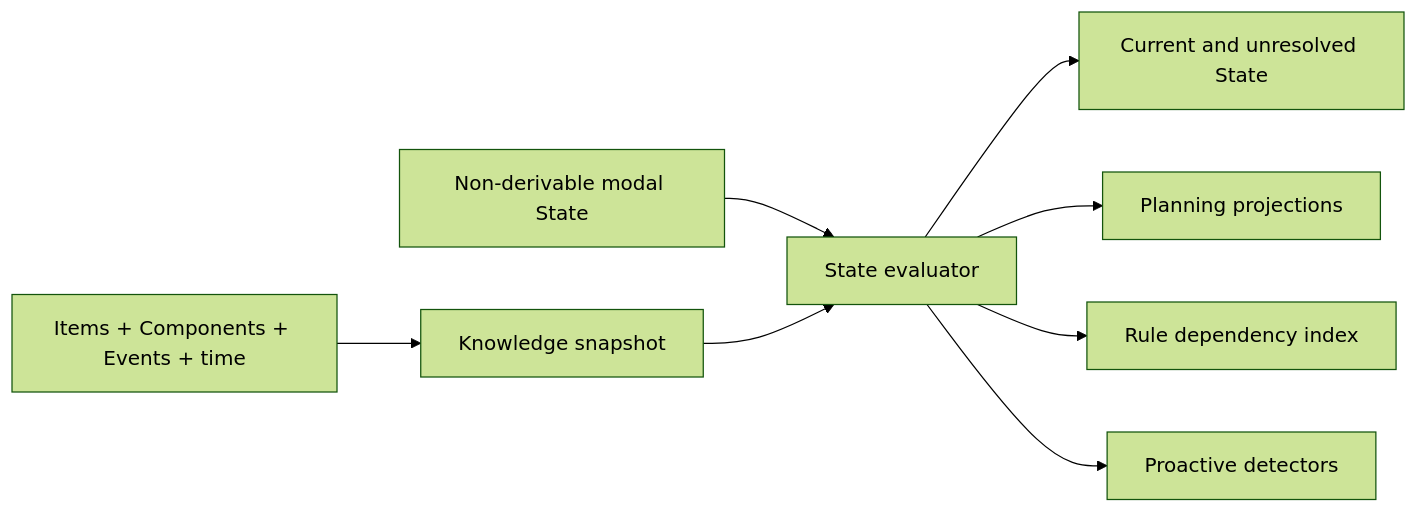
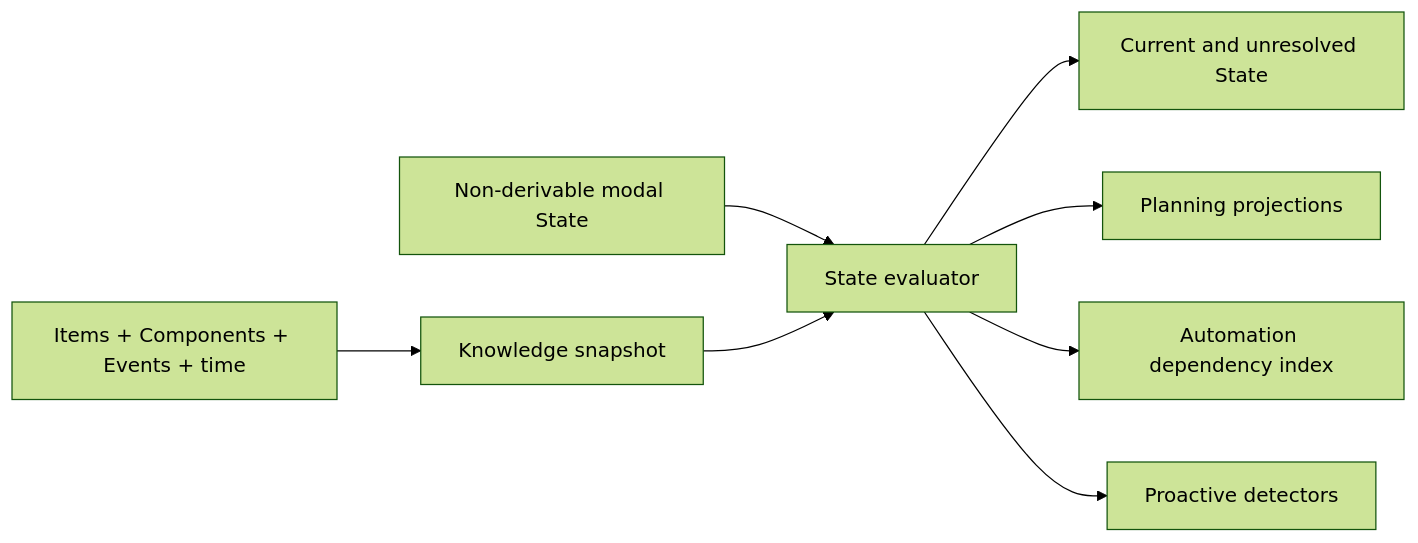
Before and after one commit to itmarck/wingman: the third of 9 diagrams in docs/flows.md, drawn with Mermaid (forest theme). The commit also changed other lines of this file and 52 other files, not shown here.

````diff
--- a/docs/flows.md
+++ b/docs/flows.md
@@ -51,10 +51,10 @@
 ```mermaid
 flowchart LR
     Inputs[Items + Components + Events + time] --> Snapshot[Knowledge snapshot]
     Persisted[Non-derivable modal State] --> Evaluator[State evaluator]
     Snapshot --> Evaluator
     Evaluator --> Current[Current and unresolved State]
     Evaluator --> Planning[Planning projections]
-    Evaluator --> Rules[Rule dependency index]
+    Evaluator --> Automations[Automation dependency index]
     Evaluator --> Detectors[Proactive detectors]
 ```
````
